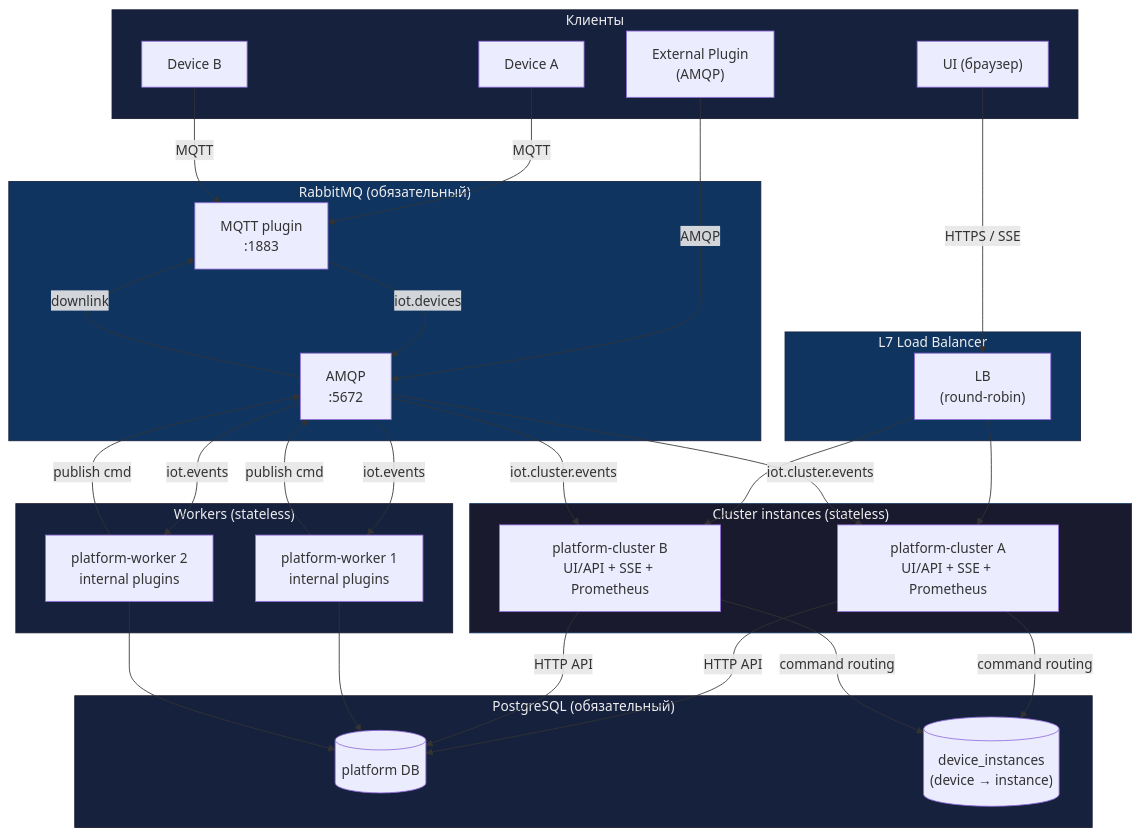
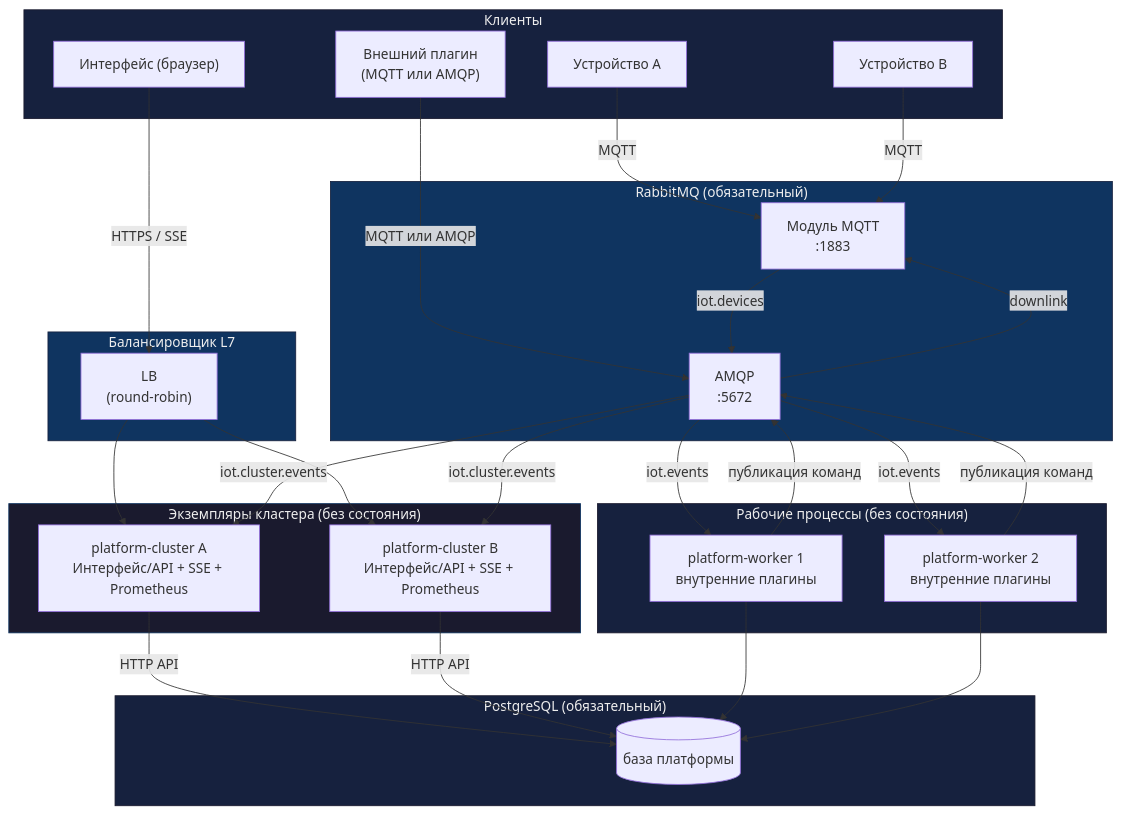
One commit to darvik80/iot-platform-go changed the first of 8 diagrams in docs/ru/17-ha-architecture.md. Above: the diagram before and after it, drawn with Mermaid. The commit also changed other lines of this file and 3 other files, not shown here.

````diff
--- a/docs/ru/17-ha-architecture.md
+++ b/docs/ru/17-ha-architecture.md
@@ -86,65 +85,62 @@
 ```mermaid
 graph TB
     subgraph Clients["Клиенты"]
-        U1["UI (браузер)"]
-        D1["Device A"]
-        D2["Device B"]
-        EP1["External Plugin<br/>(AMQP)"]
+        U1["Интерфейс (браузер)"]
+        D1["Устройство A"]
+        D2["Устройство B"]
+        EP1["Внешний плагин<br/>(MQTT или AMQP)"]
     end
 
-    subgraph Edge["L7 Load Balancer"]
+    subgraph Edge["Балансировщик L7"]
         LB["LB<br/>(round-robin)"]
     end
 
-    subgraph Cluster["Cluster instances (stateless)"]
-        CI_A["platform-cluster A<br/>UI/API + SSE + Prometheus"]
-        CI_B["platform-cluster B<br/>UI/API + SSE + Prometheus"]
+    subgraph Cluster["Экземпляры кластера (без состояния)"]
+        CI_A["platform-cluster A<br/>Интерфейс/API + SSE + Prometheus"]
+        CI_B["platform-cluster B<br/>Интерфейс/API + SSE + Prometheus"]
     end
 
-    subgraph Workers["Workers (stateless)"]
-        W1["platform-worker 1<br/>internal plugins"]
-        W2["platform-worker 2<br/>internal plugins"]
+    subgraph Workers["Рабочие процессы (без состояния)"]
+        W1["platform-worker 1<br/>внутренние плагины"]
+        W2["platform-worker 2<br/>внутренние плагины"]
     end
 
     subgraph Bus["RabbitMQ (обязательный)"]
-        MQ_MQTT["MQTT plugin<br/>:1883"]
+        MQ_MQTT["Модуль MQTT<br/>:1883"]
         MQ_AMQP["AMQP<br/>:5672"]
     end
 
     subgraph DB["PostgreSQL (обязательный)"]
-        PG[("platform DB")]
-        DI[("device_instances<br/>(device → instance)")]
+        PG[("база платформы")]
     end
 
     U1 -->|"HTTPS / SSE"| LB
     LB --> CI_A
     LB --> CI_B
     
     D1 -->|"MQTT"| MQ_MQTT
     D2 -->|"MQTT"| MQ_MQTT
-    EP1 -->|"AMQP"| MQ_AMQP
+    EP1 -->|"MQTT или AMQP"| MQ_AMQP
 
     MQ_MQTT -->|"iot.devices"| MQ_AMQP
     MQ_AMQP -->|"iot.cluster.events"| CI_A
     MQ_AMQP -->|"iot.cluster.events"| CI_B
     MQ_AMQP -->|"iot.events"| W1
     MQ_AMQP -->|"iot.events"| W2
 
-    CI_A -->|"command routing"| DI
-    CI_B -->|"command routing"| DI
     CI_A -->|"HTTP API"| PG
     CI_B -->|"HTTP API"| PG
     W1 --> PG
     W2 --> PG
 
-    W1 -->|"publish cmd"| MQ_AMQP
-    W2 -->|"publish cmd"| MQ_AMQP
+    W1 -->|"публикация команд"| MQ_AMQP
+    W2 -->|"публикация команд"| MQ_AMQP
     MQ_AMQP -->|"downlink"| MQ_MQTT
 
     style Clients fill:#16213e,stroke:#1a1a2e,color:#eee
     style Edge fill:#0f3460,stroke:#16213e,color:#eee
     style Cluster fill:#1a1a2e,stroke:#0f3460,color:#eee
     style Workers fill:#16213e,stroke:#1a1a2e,color:#eee
     style Bus fill:#0f3460,stroke:#16213e,color:#eee
     style DB fill:#16213e,stroke:#1a1a2e,color:#eee
 ```
````
